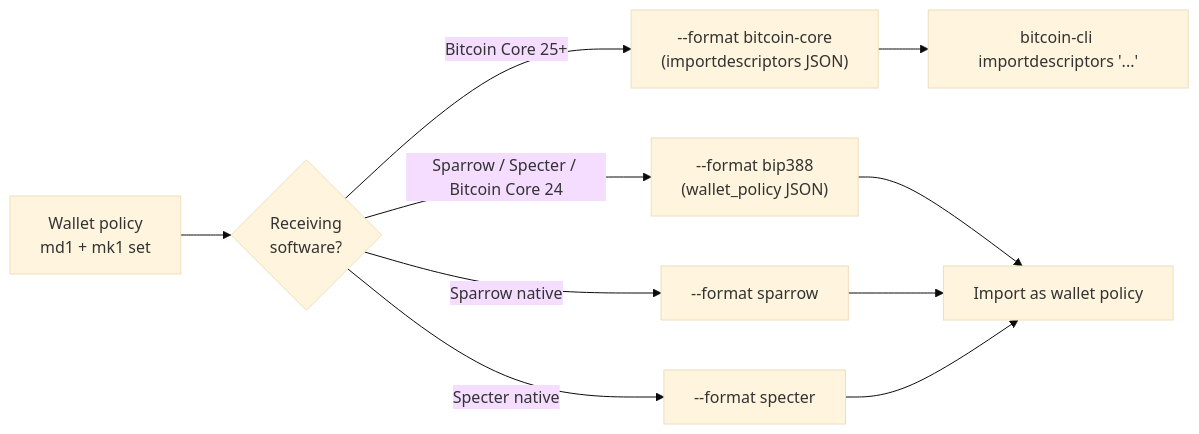
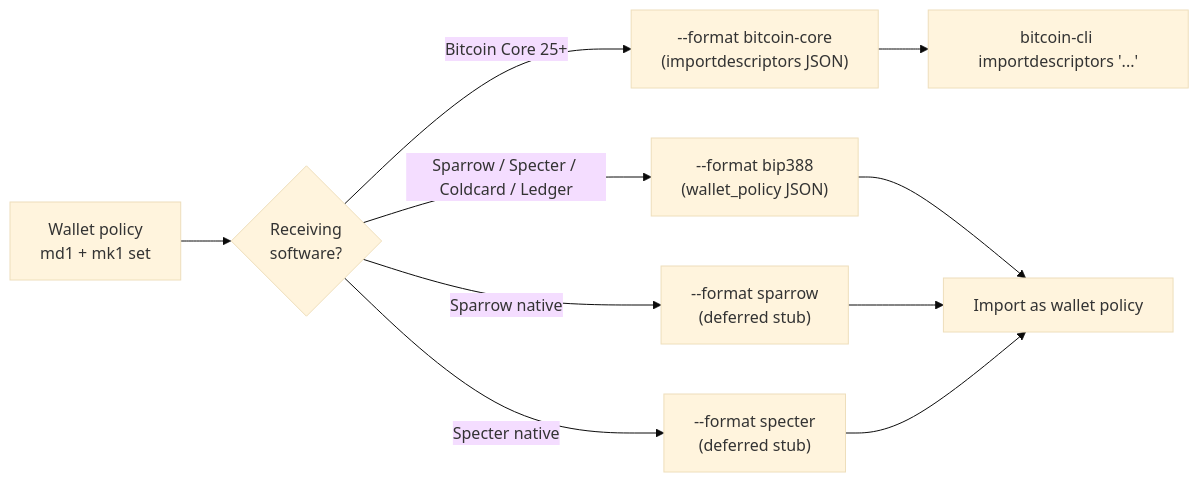
The diagram in docs/manual/src/30-workflows/37-wallet-export.md (bg002h/mnemonic-toolkit), drawn with Mermaid (base theme) before and after one commit. The commit also changed other lines of this file and 10 other files, not shown here.

````diff
--- a/docs/manual/src/30-workflows/37-wallet-export.md
+++ b/docs/manual/src/30-workflows/37-wallet-export.md
@@ -11,12 +11,12 @@
 ```mermaid
 flowchart LR
   A[Wallet policy<br/>md1 + mk1 set] --> B{Receiving<br/>software?}
   B -- Bitcoin Core 25+ --> C["--format bitcoin-core<br/>(importdescriptors JSON)"]
-  B -- Sparrow / Specter / Bitcoin Core 24 --> D["--format bip388<br/>(wallet_policy JSON)"]
-  B -- Sparrow native --> E["--format sparrow"]
-  B -- Specter native --> F["--format specter"]
+  B -- Sparrow / Specter / Coldcard / Ledger --> D["--format bip388<br/>(wallet_policy JSON)"]
+  B -- Sparrow native --> E["--format sparrow<br/>(deferred stub)"]
+  B -- Specter native --> F["--format specter<br/>(deferred stub)"]
   C --> G[bitcoin-cli importdescriptors '...']
   D --> H[Import as wallet policy]
   E --> H
   F --> H
 ```
````
